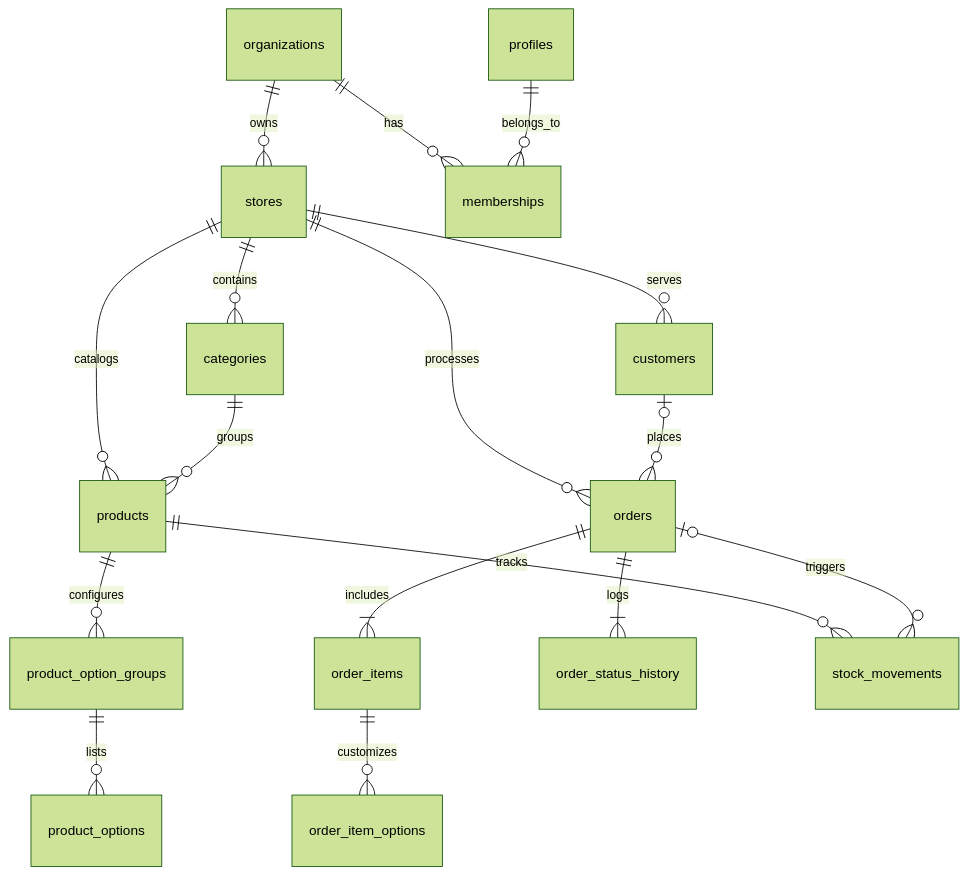
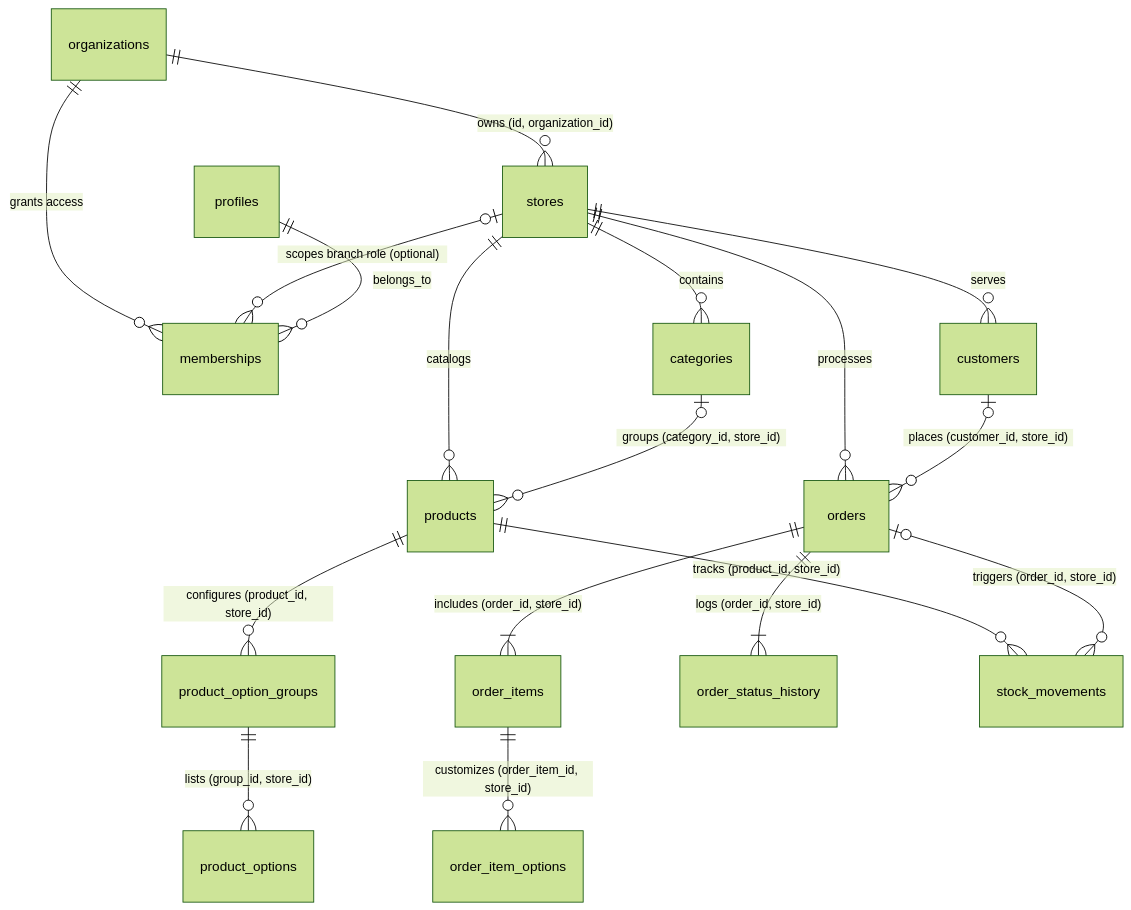
Before and after one commit to CodeByBenito/benit: the diagram in docs/DATABASE_SCHEMA.md, drawn with Mermaid (forest theme). The commit also changed other lines of this file and 17 other files, not shown here.

Commit message:
fix(security,arch): resolve all 7 architectural review findings and add technical report

````diff
--- a/docs/DATABASE_SCHEMA.md
+++ b/docs/DATABASE_SCHEMA.md
@@ -15,19 +17,20 @@
 ```mermaid
 erDiagram
-    organizations ||--o{ stores : "owns"
-    organizations ||--o{ memberships : "has"
+    organizations ||--o{ stores : "owns (id, organization_id)"
+    organizations ||--o{ memberships : "grants access"
+    stores |o--o{ memberships : "scopes branch role (optional)"
     profiles ||--o{ memberships : "belongs_to"
     stores ||--o{ categories : "contains"
     stores ||--o{ products : "catalogs"
-    categories ||--o{ products : "groups"
-    products ||--o{ product_option_groups : "configures"
-    product_option_groups ||--o{ product_options : "lists"
+    categories |o--o{ products : "groups (category_id, store_id)"
+    products ||--o{ product_option_groups : "configures (product_id, store_id)"
+    product_option_groups ||--o{ product_options : "lists (group_id, store_id)"
     stores ||--o{ customers : "serves"
     stores ||--o{ orders : "processes"
-    customers |o--o{ orders : "places"
-    orders ||--|{ order_items : "includes"
-    order_items ||--o{ order_item_options : "customizes"
-    orders ||--|{ order_status_history : "logs"
-    products ||--o{ stock_movements : "tracks"
-    orders |o--o{ stock_movements : "triggers"
+    customers |o--o{ orders : "places (customer_id, store_id)"
+    orders ||--|{ order_items : "includes (order_id, store_id)"
+    order_items ||--o{ order_item_options : "customizes (order_item_id, store_id)"
+    orders ||--|{ order_status_history : "logs (order_id, store_id)"
+    products ||--o{ stock_movements : "tracks (product_id, store_id)"
+    orders |o--o{ stock_movements : "triggers (order_id, store_id)"
 ```
````
